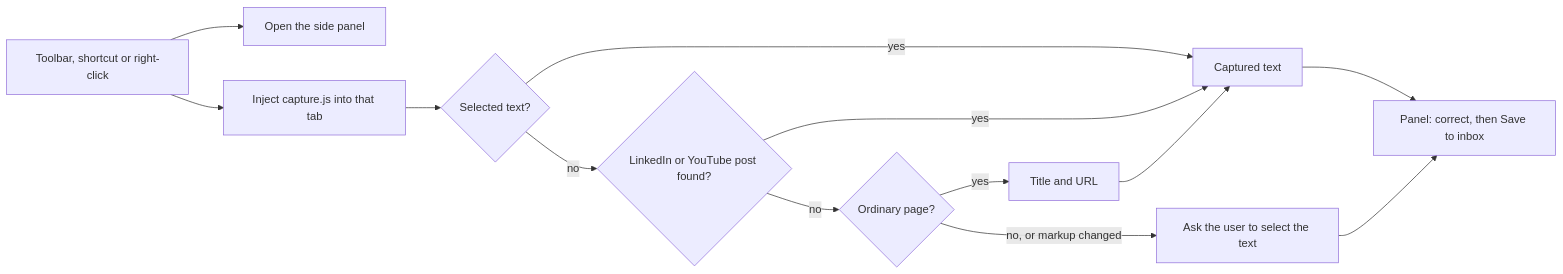
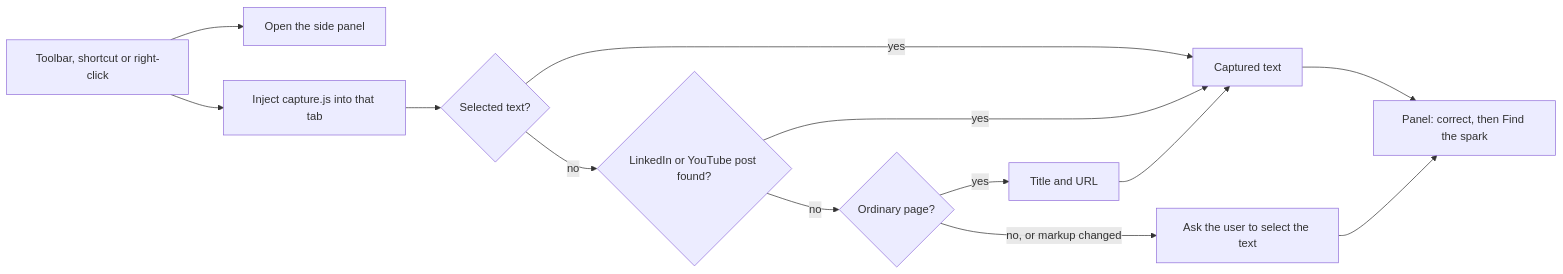
The ninth of 10 diagrams in docs/architecture.md (bernardosevero/scroll-spark), drawn with Mermaid before and after one commit. The commit also changed other lines of this file and 28 other files, not shown here.

First line of the commit message:
feat(extension): full side panel flow (#24)

````diff
--- a/docs/architecture.md
+++ b/docs/architecture.md
@@ -254,14 +254,14 @@
 ```mermaid
 flowchart LR
   act[Toolbar, shortcut or right-click] --> open[Open the side panel]
   act --> inject[Inject capture.js into that tab]
   inject --> order{Selected text?}
   order -- yes --> found
   order -- no --> post{LinkedIn or YouTube post found?}
   post -- yes --> found[Captured text]
   post -- no --> page{Ordinary page?}
   page -- yes --> title[Title and URL] --> found
   page -- no, or markup changed --> empty[Ask the user to select the text]
-  found --> review[Panel: correct, then Save to inbox]
+  found --> review[Panel: correct, then Find the spark]
   empty --> review
 ```
````
